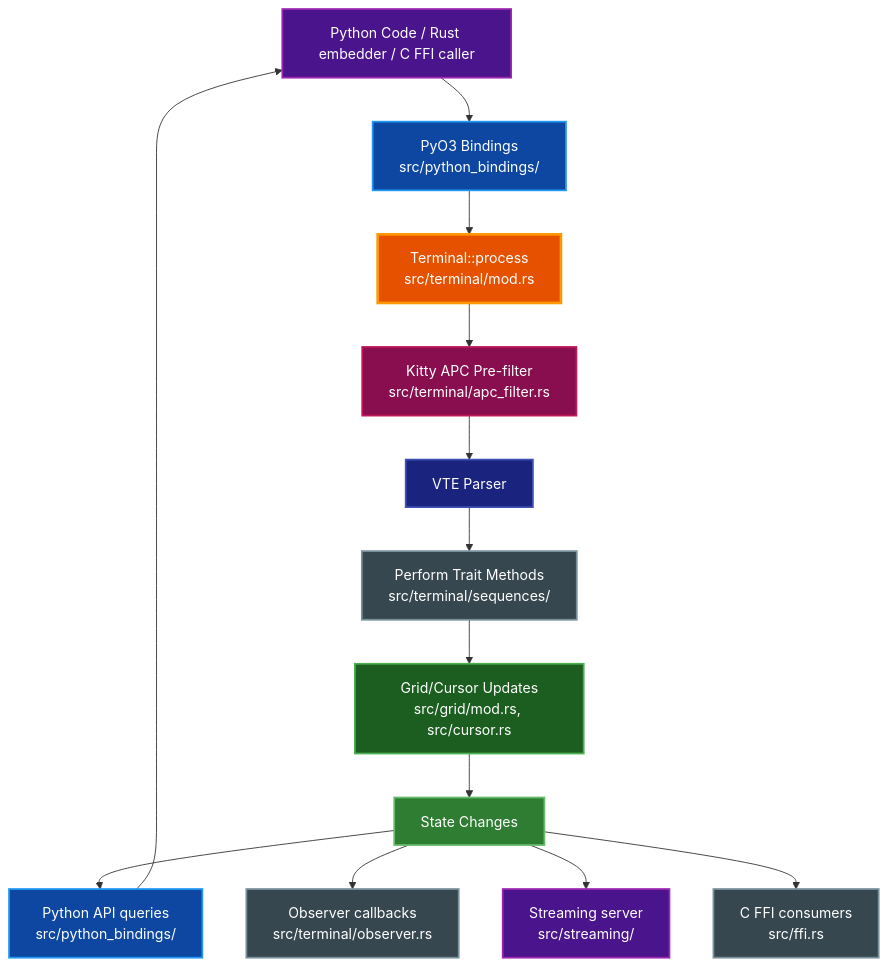
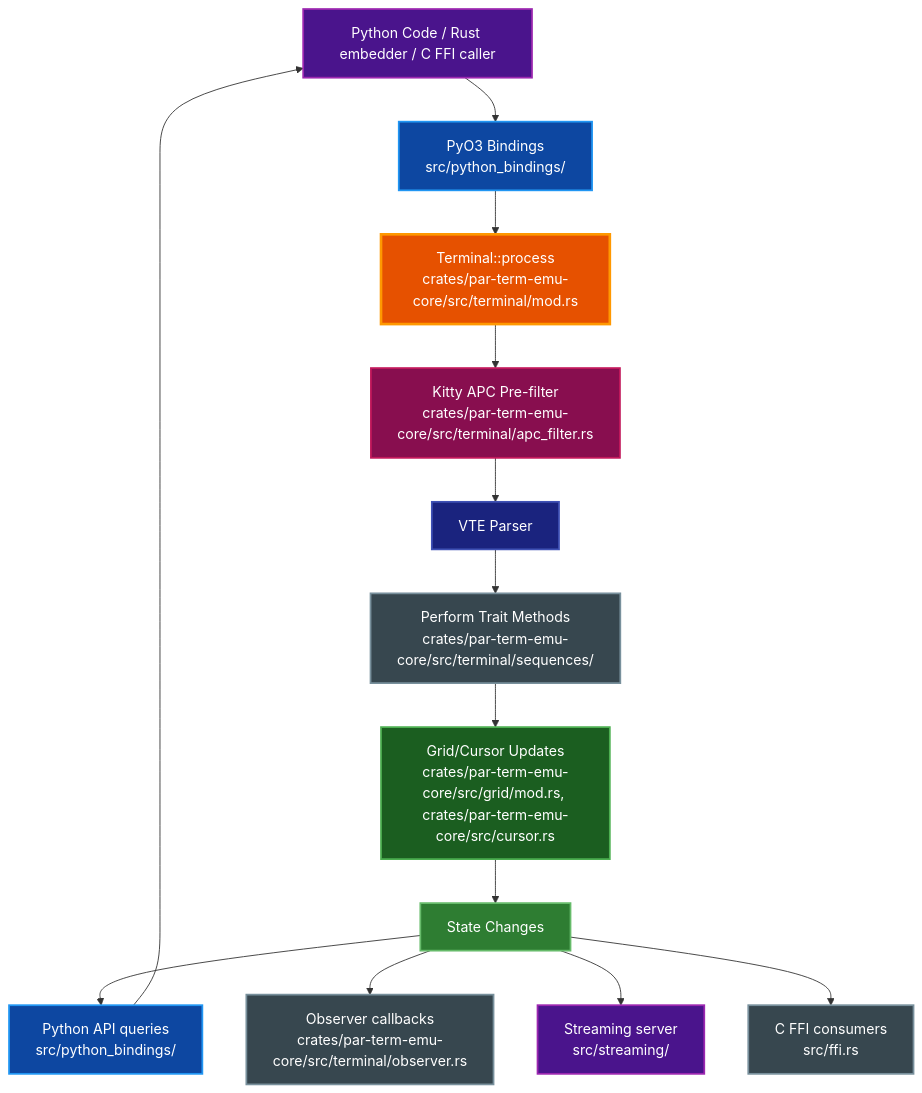
One commit to paulrobello/par-term-emu-core-rust changed the second of 6 diagrams in docs/ARCHITECTURE.md. Above: the diagram before and after it, drawn with Mermaid. The commit also changed other lines of this file and 17 other files, not shown here.

First line of the commit message:
build(arch): gate and document the par-term-emu-core member (ARC-007 O2 phase 1)

````diff
--- a/docs/ARCHITECTURE.md
+++ b/docs/ARCHITECTURE.md
@@ -456,41 +456,41 @@
 ```mermaid
 graph TD
     A[Python Code / Rust embedder / C FFI caller]
     B[PyO3 Bindings<br/>src/python_bindings/]
-    C[Terminal::process<br/>src/terminal/mod.rs]
-    K[Kitty APC Pre-filter<br/>src/terminal/apc_filter.rs]
+    C[Terminal::process<br/>crates/par-term-emu-core/src/terminal/mod.rs]
+    K[Kitty APC Pre-filter<br/>crates/par-term-emu-core/src/terminal/apc_filter.rs]
     D[VTE Parser]
-    E[Perform Trait Methods<br/>src/terminal/sequences/]
-    F[Grid/Cursor Updates<br/>src/grid/mod.rs, src/cursor.rs]
+    E[Perform Trait Methods<br/>crates/par-term-emu-core/src/terminal/sequences/]
+    F[Grid/Cursor Updates<br/>crates/par-term-emu-core/src/grid/mod.rs, crates/par-term-emu-core/src/cursor.rs]
     G[State Changes]
     H[Python API queries<br/>src/python_bindings/]
-    O[Observer callbacks<br/>src/terminal/observer.rs]
+    O[Observer callbacks<br/>crates/par-term-emu-core/src/terminal/observer.rs]
     S[Streaming server<br/>src/streaming/]
     X[C FFI consumers<br/>src/ffi.rs]
 
     A --> B
     B --> C
     C --> K
     K --> D
     D --> E
     E --> F
     F --> G
     G --> H
     H --> A
     G --> O
     G --> S
     G --> X
 
     style A fill:#4a148c,stroke:#9c27b0,stroke-width:2px,color:#ffffff
     style B fill:#0d47a1,stroke:#2196f3,stroke-width:2px,color:#ffffff
     style C fill:#e65100,stroke:#ff9800,stroke-width:3px,color:#ffffff
     style D fill:#1a237e,stroke:#3f51b5,stroke-width:2px,color:#ffffff
     style E fill:#37474f,stroke:#78909c,stroke-width:2px,color:#ffffff
     style F fill:#1b5e20,stroke:#4caf50,stroke-width:2px,color:#ffffff
     style G fill:#2e7d32,stroke:#66bb6a,stroke-width:2px,color:#ffffff
     style H fill:#0d47a1,stroke:#2196f3,stroke-width:2px,color:#ffffff
     style K fill:#880e4f,stroke:#c2185b,stroke-width:2px,color:#ffffff
     style O fill:#37474f,stroke:#78909c,stroke-width:2px,color:#ffffff
     style S fill:#4a148c,stroke:#9c27b0,stroke-width:2px,color:#ffffff
     style X fill:#37474f,stroke:#78909c,stroke-width:2px,color:#ffffff
 ```
````
